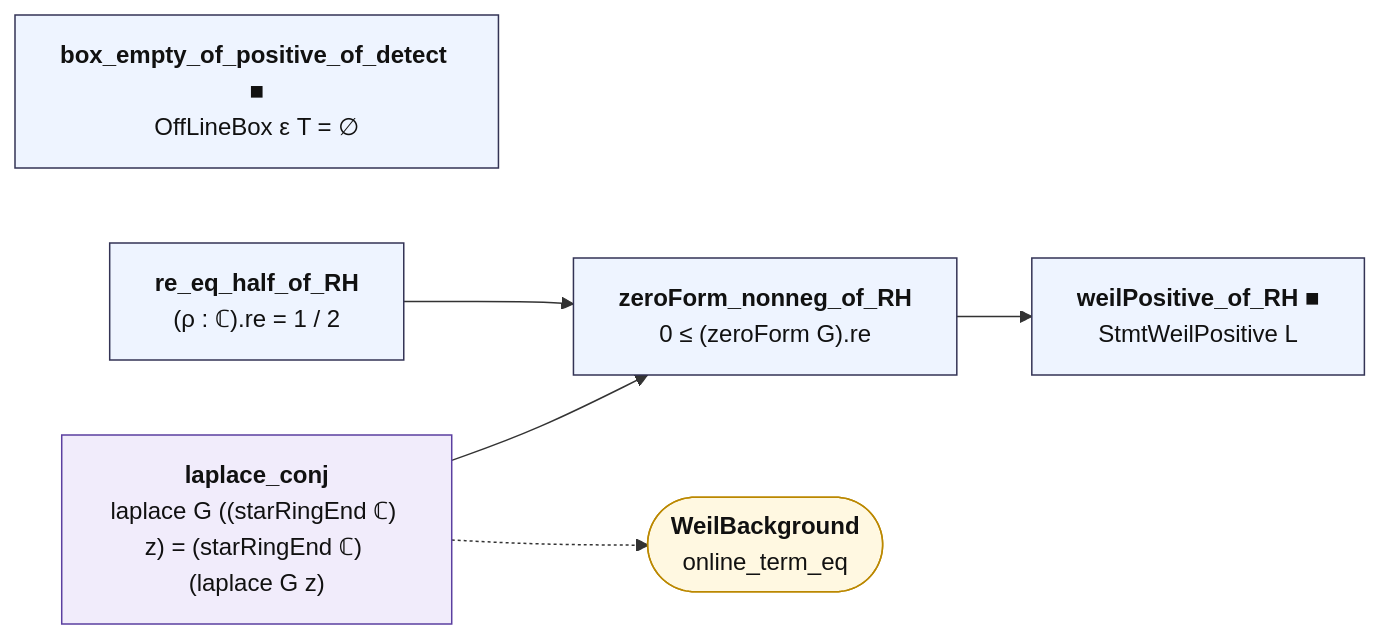
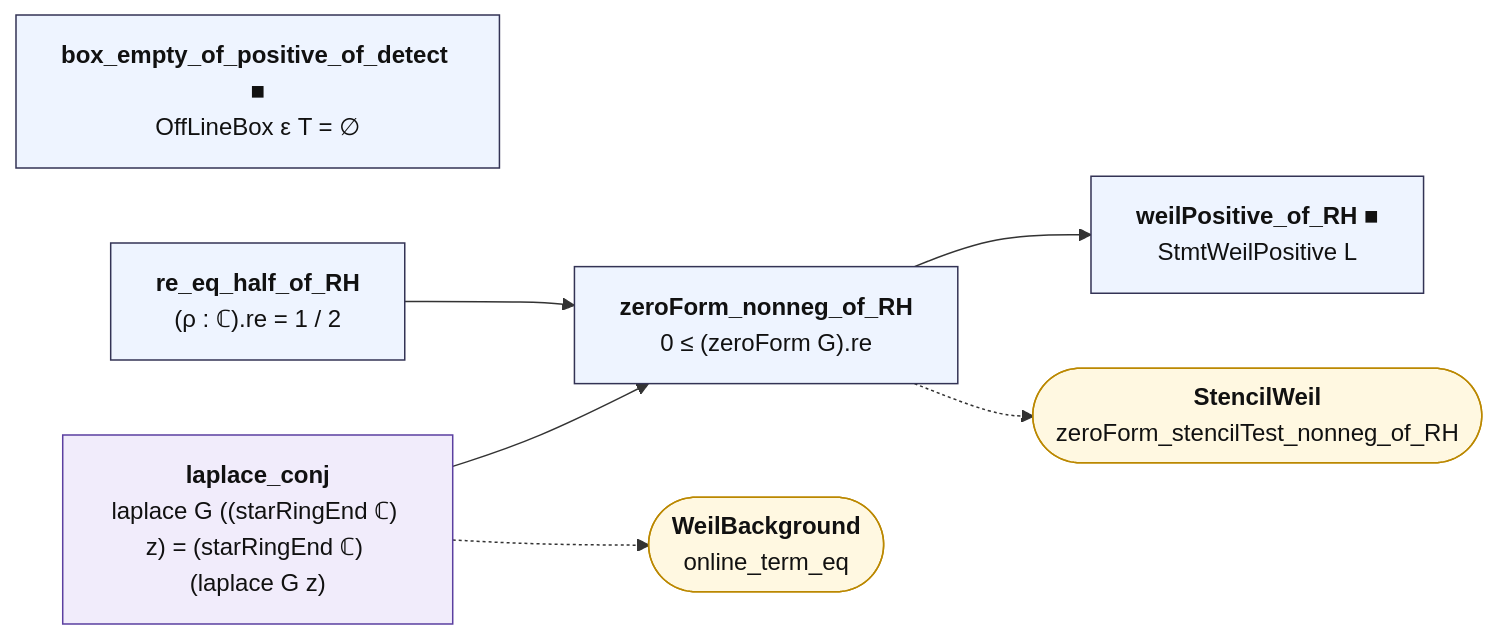
The diagram in map/lean_stage3/WeilDetect.mmd (juliansambranojr/Primebeat_081426), drawn with Mermaid before and after one commit. The commit also changed 28 other files, not shown here.

```diff
--- a/map/lean_stage3/WeilDetect.mmd
+++ b/map/lean_stage3/WeilDetect.mmd
@@ -1,19 +1,21 @@
 flowchart LR
   n0["<b>box_empty_of_positive_of_detect ■</b><br/>OffLineBox ε T = ∅"]:::thm
   n1["<b>laplace_conj</b><br/>laplace G ((starRingEnd ℂ) z) = (starRingEnd ℂ) (laplace G z)"]:::shp
   n2["<b>re_eq_half_of_RH</b><br/>(ρ : ℂ).re = 1 / 2"]:::thm
   n3["<b>zeroForm_nonneg_of_RH</b><br/>0 ≤ (zeroForm G).re"]:::thm
   n4["<b>weilPositive_of_RH ■</b><br/>StmtWeilPositive L"]:::thm
   x0(["<b>WeilBackground</b><br/>online_term_eq"]):::ext
+  x1(["<b>StencilWeil</b><br/>zeroForm_stencilTest_nonneg_of_RH"]):::ext
   n1 --> n3
   n2 --> n3
   n3 --> n4
   n1 -.-> x0
+  n3 -.-> x1
   classDef cnt fill:#dff5ec,stroke:#17694a,color:#111
   classDef shp fill:#f1ecfb,stroke:#5b3fa0,color:#111
   classDef rh fill:#ffe5e5,stroke:#c22,color:#111,stroke-width:2px
   classDef thm fill:#eef4ff,stroke:#335,color:#111
   classDef end_ fill:#e7f7e7,stroke:#2a7,color:#111,stroke-width:2px
   classDef lone fill:#fff,stroke:#999,color:#111,stroke-dasharray:4 3
   classDef bad fill:#ffe5e5,stroke:#c22,color:#111,stroke-width:2px
   classDef ext fill:#fff8e1,stroke:#b80,color:#111
```
